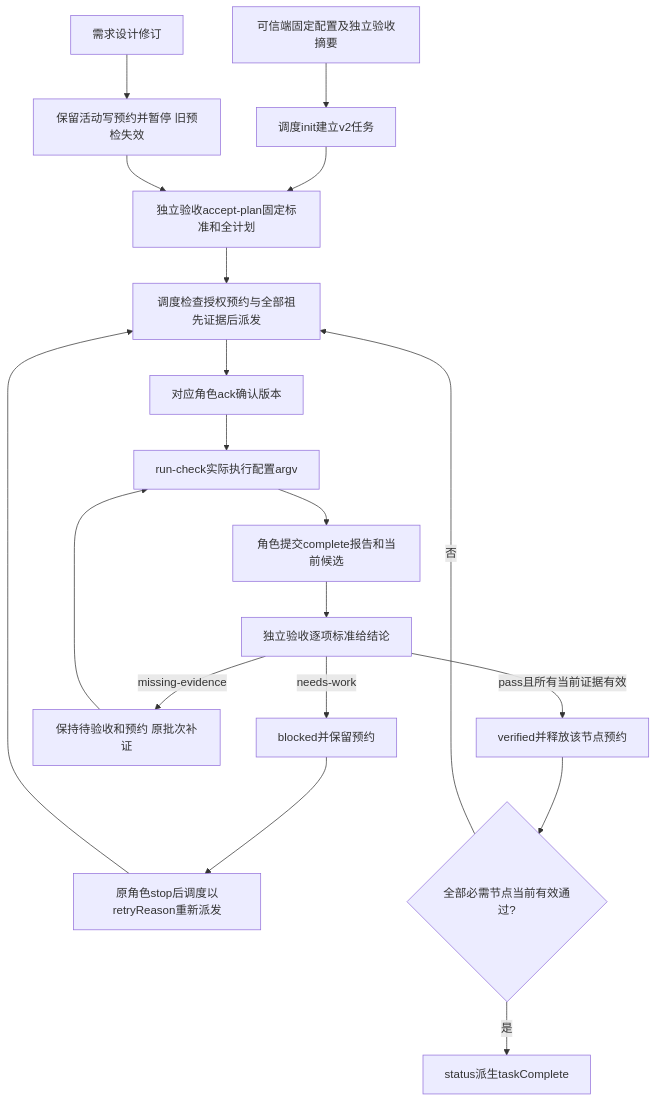
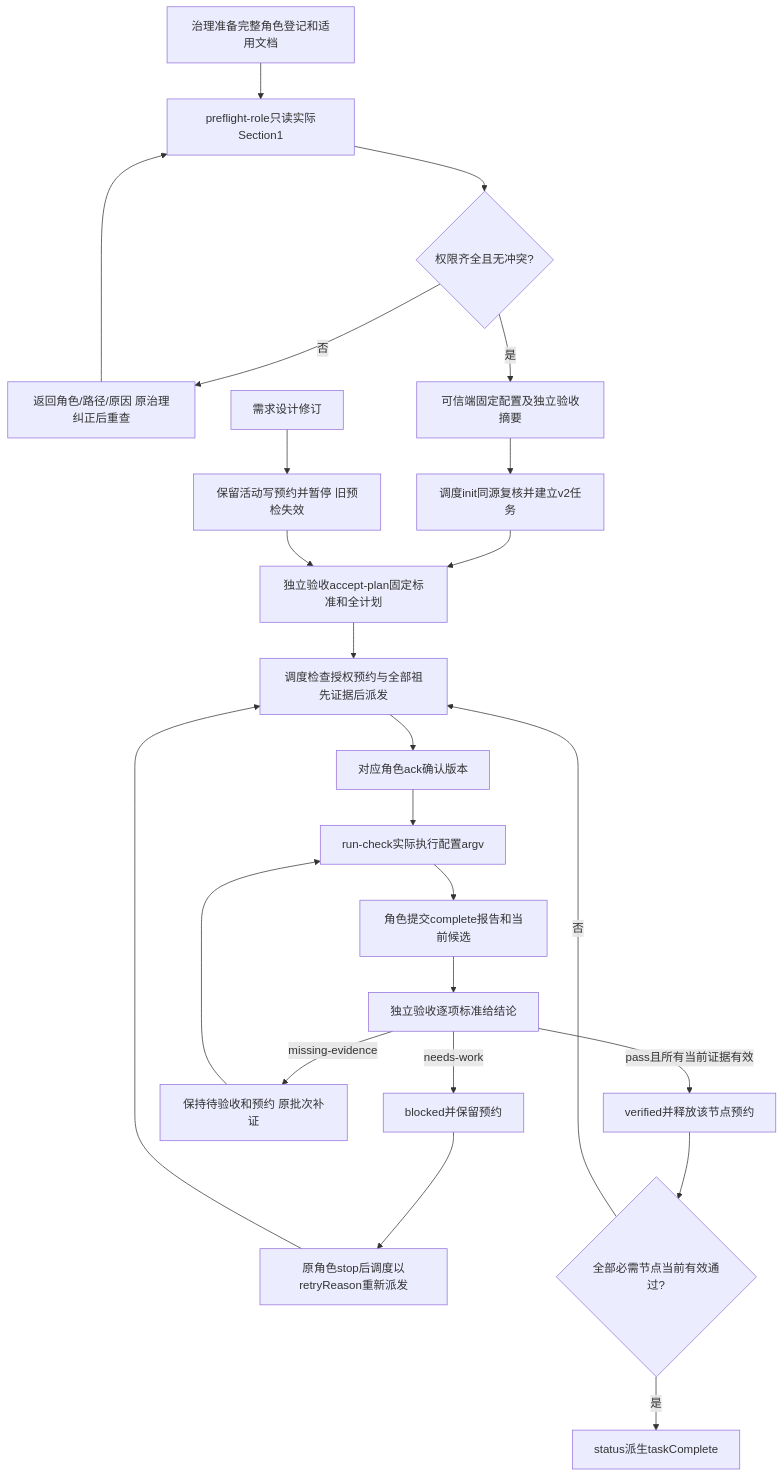
Before and after one commit to wangzhongren/ans-skill: the diagram in 角色卡/任务工具/docs/feature/task-authority.md, drawn with Mermaid. The commit also changed other lines of this file and 42 other files, not shown here.

````diff
--- a/角色卡/任务工具/docs/feature/task-authority.md
+++ b/角色卡/任务工具/docs/feature/task-authority.md
@@ -23,21 +26,26 @@
 ```mermaid
 flowchart TD
-  policy[可信端固定配置及独立验收摘要] --> init[调度init建立v2任务]
+  registration[治理准备完整角色登记和适用文档] --> preflight[preflight-role只读实际Section1]
+  preflight --> allowed{权限齐全且无冲突?}
+  allowed -->|否| correction[返回角色/路径/原因 原治理纠正后重查]
+  correction --> preflight
+  allowed -->|是| policy[可信端固定配置及独立验收摘要]
+  policy --> init[调度init同源复核并建立v2任务]
   init --> plan[独立验收accept-plan固定标准和全计划]
   plan --> dispatch[调度检查授权预约与全部祖先证据后派发]
   dispatch --> ack[对应角色ack确认版本]
   ack --> check[run-check实际执行配置argv]
   check --> report[角色提交complete报告和当前候选]
   report --> verify[独立验收逐项标准给结论]
   verify -->|pass且所有当前证据有效| pass[verified并释放该节点预约]
   verify -->|missing-evidence| supplement[保持待验收和预约 原批次补证]
   supplement --> check
   verify -->|needs-work| blocked[blocked并保留预约]
   blocked --> stop[原角色stop后调度以retryReason重新派发]
   stop --> dispatch
   pass --> more{全部必需节点当前有效通过?}
   more -->|否| dispatch
   more -->|是| complete[status派生taskComplete]
   changed[需求设计修订] --> replan[保留活动写预约并暂停 旧预检失效]
   replan --> plan
 ```
````
